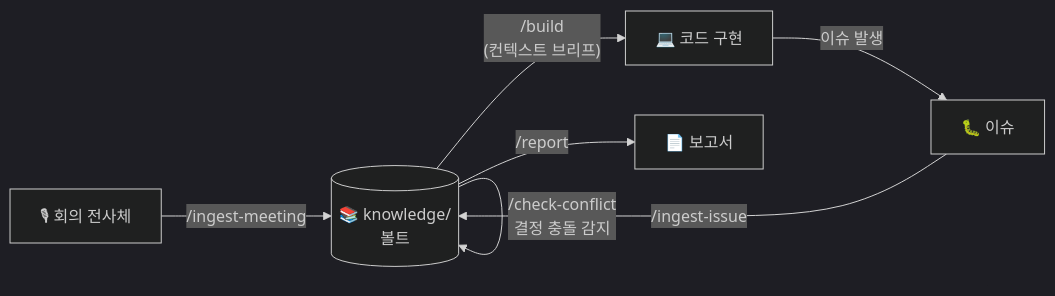
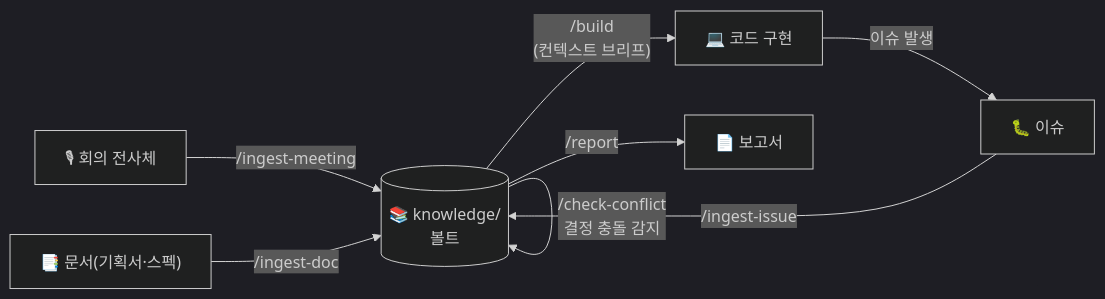
The diagram in README.md (EM-H20/second-brain-template), drawn with Mermaid (dark theme) before and after one commit. The commit also changed other lines of this file and 3 other files, not shown here.

````diff
--- a/README.md
+++ b/README.md
@@ -15,9 +15,10 @@
 ```mermaid
 flowchart LR
     A["🎙 회의 전사체"] -->|"/ingest-meeting"| V[("📚 knowledge/<br/>볼트")]
     V -->|"/build<br/>(컨텍스트 브리프)"| C["💻 코드 구현"]
     C -->|"이슈 발생"| I["🐛 이슈"]
     I -->|"/ingest-issue"| V
     V -->|"/report"| R["📄 보고서"]
+    D2["📑 문서(기획서·스펙)"] -->|"/ingest-doc"| V
     V -->|"/check-conflict<br/>결정 충돌 감지"| V
 ```
````
